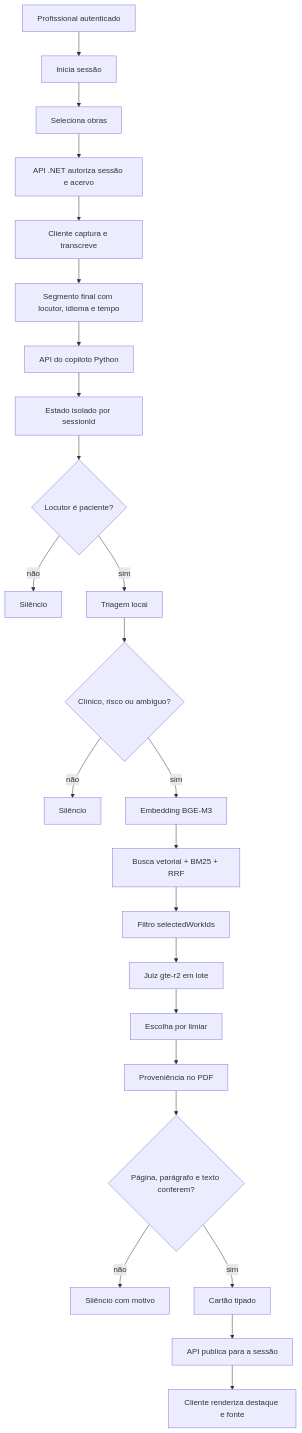
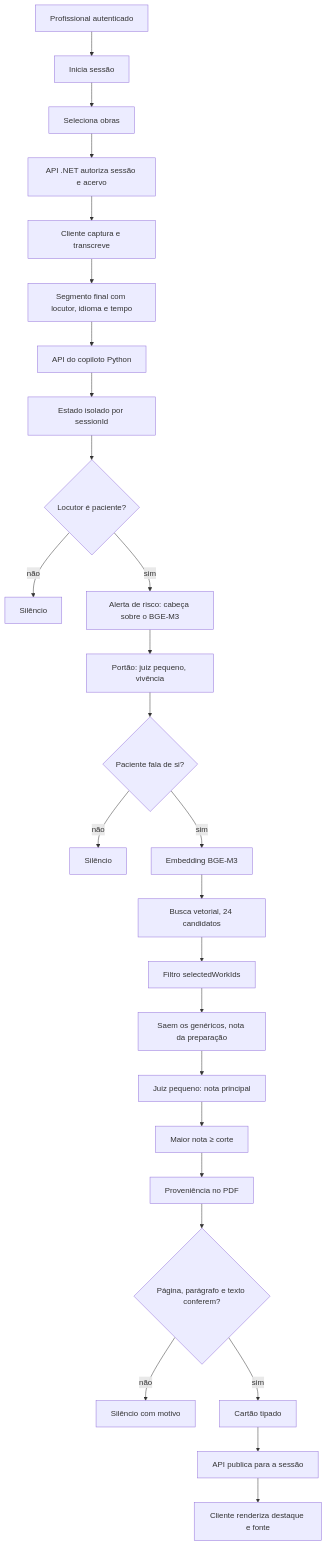
The first of 2 diagrams in mvp-copiloto/docs/organograma-copiloto.md (morettto/limmiar), drawn with Mermaid before and after one commit. The commit also changed other lines of this file and 182 other files, not shown here.

````diff
--- a/mvp-copiloto/docs/organograma-copiloto.md
+++ b/mvp-copiloto/docs/organograma-copiloto.md
@@ -5,26 +5,28 @@
 ```mermaid
 flowchart TD
     U[Profissional autenticado] --> S[Inicia sessão]
     S --> L[Seleciona obras]
     L --> A[API .NET autoriza sessão e acervo]
     A --> C[Cliente captura e transcreve]
     C --> E[Segmento final com locutor, idioma e tempo]
     E --> P[API do copiloto Python]
     P --> W[Estado isolado por sessionId]
     W --> G{Locutor é paciente?}
     G -- não --> N1[Silêncio]
-    G -- sim --> T[Triagem local]
-    T --> Q{Clínico, risco ou ambíguo?}
+    G -- sim --> RI[Alerta de risco: cabeça sobre o BGE-M3]
+    RI --> T[Portão: juiz pequeno, vivência]
+    T --> Q{Paciente fala de si?}
     Q -- não --> N2[Silêncio]
     Q -- sim --> V[Embedding BGE-M3]
-    V --> R[Busca vetorial + BM25 + RRF]
+    V --> R[Busca vetorial, 24 candidatos]
     R --> X[Filtro selectedWorkIds]
-    X --> J[Juiz gte-r2 em lote]
-    J --> K[Escolha por limiar]
+    X --> AL[Saem os genéricos, nota da preparação]
+    AL --> J[Juiz pequeno: nota principal]
+    J --> K[Maior nota ≥ corte]
     K --> H[Proveniência no PDF]
     H --> Y{Página, parágrafo e texto conferem?}
     Y -- não --> N3[Silêncio com motivo]
     Y -- sim --> O[Cartão tipado]
     O --> D[API publica para a sessão]
     D --> TELA[Cliente renderiza destaque e fonte]
 ```
````
